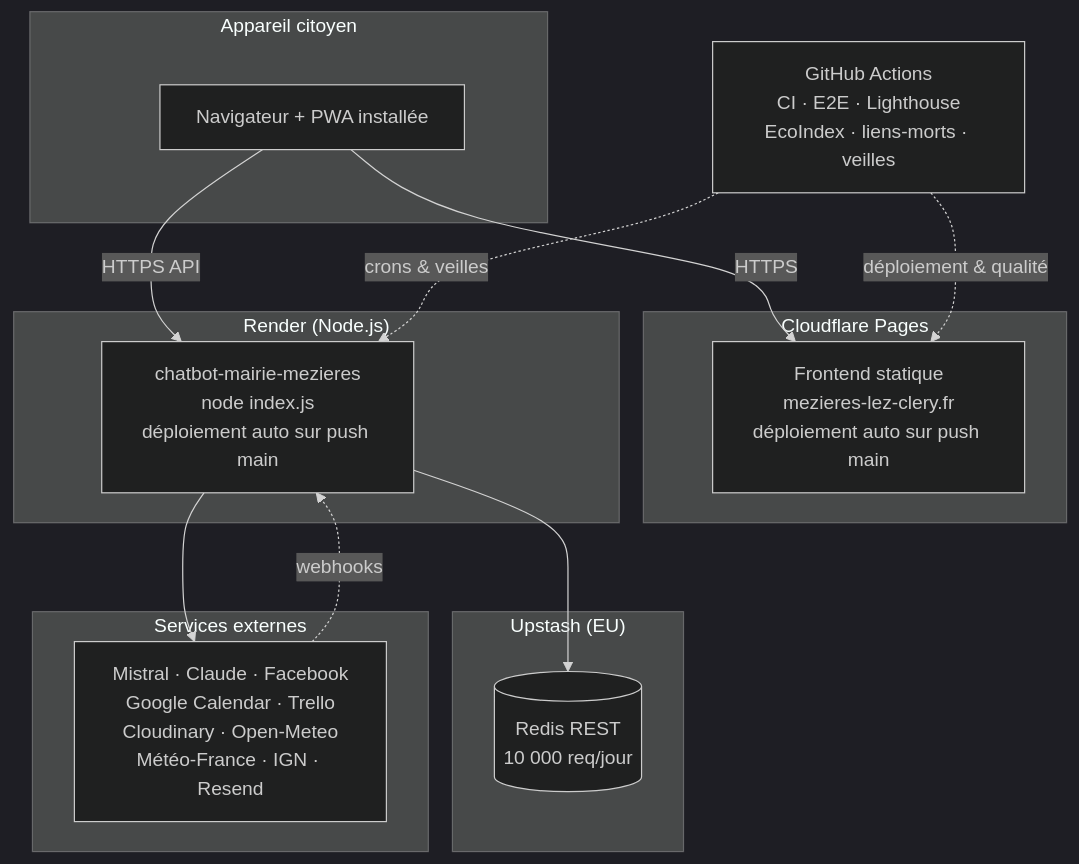
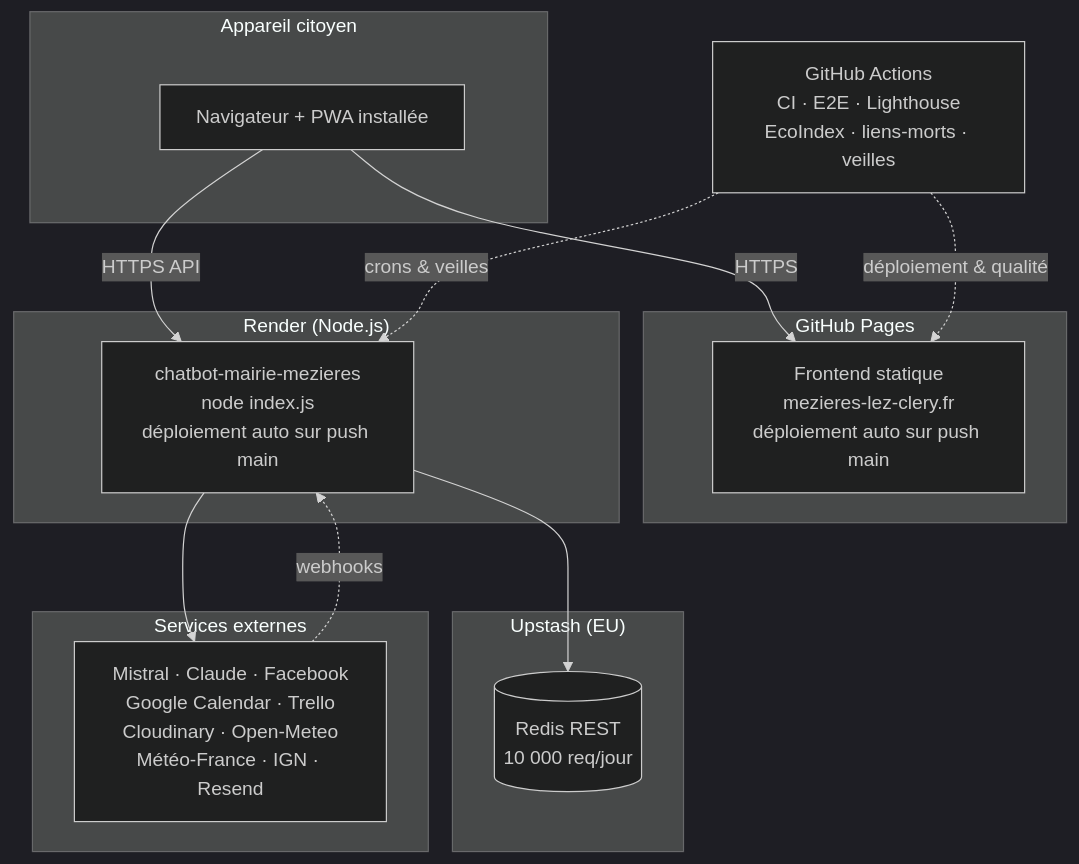
Before and after one commit to mairie-mezieres/app-mezieres: the third of 11 diagrams in docs/architecture.md, drawn with Mermaid (dark theme). The commit also changed 3 other files, not shown here.

First line of the commit message:
docs: corriger l'hébergement du front — GitHub Pages (et non Cloudflare) (#278)

````diff
--- a/docs/architecture.md
+++ b/docs/architecture.md
@@ -114,32 +114,32 @@
 ```mermaid
 flowchart TB
     subgraph device["Appareil citoyen"]
         browser["Navigateur + PWA installée"]
     end
 
-    subgraph cf["Cloudflare Pages"]
+    subgraph cf["GitHub Pages"]
         static["Frontend statique<br/>mezieres-lez-clery.fr<br/>déploiement auto sur push main"]
     end
 
     subgraph rnd["Render (Node.js)"]
         api["chatbot-mairie-mezieres<br/>node index.js<br/>déploiement auto sur push main"]
     end
 
     subgraph upstash["Upstash (EU)"]
         db[("Redis REST<br/>10 000 req/jour")]
     end
 
     subgraph saas["Services externes"]
         apis["Mistral · Claude · Facebook<br/>Google Calendar · Trello<br/>Cloudinary · Open-Meteo<br/>Météo-France · IGN · Resend"]
     end
 
     gha["GitHub Actions<br/>CI · E2E · Lighthouse<br/>EcoIndex · liens-morts · veilles"]
 
     browser -->|HTTPS| static
     browser -->|HTTPS API| api
     api --> db
     api --> apis
     apis -.->|webhooks| api
     gha -.->|déploiement & qualité| static
     gha -.->|crons & veilles| api
 ```
````
